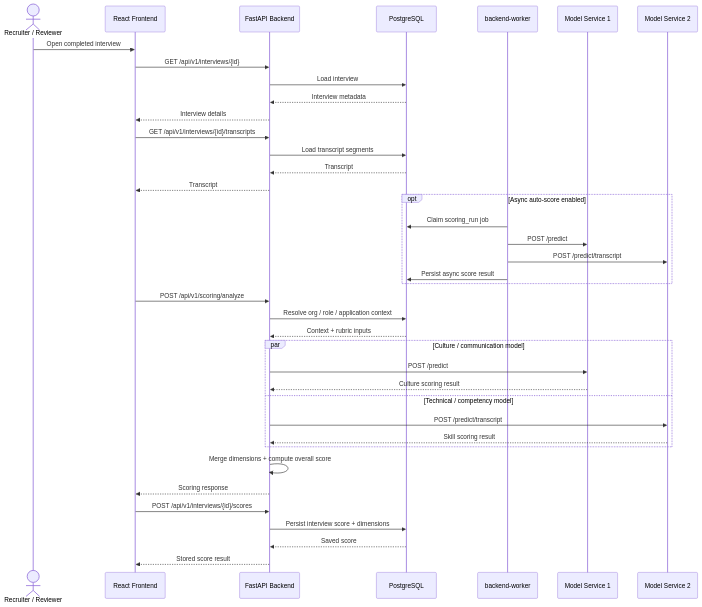
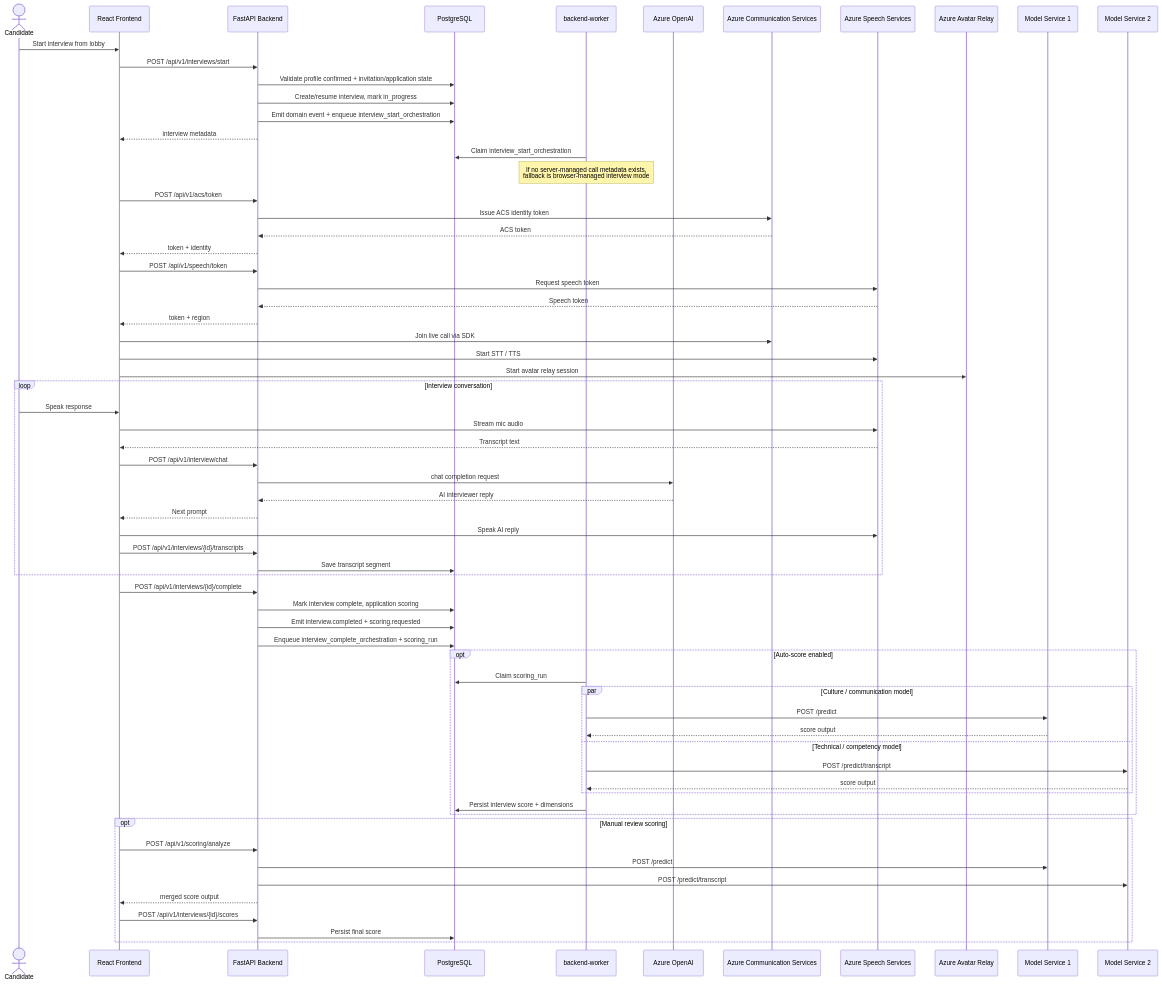
The fourth of 4 diagrams in documentation/ARCHITECTURE_DIAGRAM.md (dcava30/Talenti_MVP), drawn with Mermaid before and after one commit. The commit also changed other lines of this file, not shown here.

First line of the commit message:
The main diagram now includes:

````diff
--- a/documentation/ARCHITECTURE_DIAGRAM.md
+++ b/documentation/ARCHITECTURE_DIAGRAM.md
@@ -180,48 +253,77 @@
 ```mermaid
 sequenceDiagram
-    actor Recruiter as Recruiter / Reviewer
+    actor Candidate
     participant UI as React Frontend
     participant API as FastAPI Backend
     participant DB as PostgreSQL
     participant BW as backend-worker
+    participant OAI as Azure OpenAI
+    participant ACS as Azure Communication Services
+    participant Speech as Azure Speech Services
+    participant Avatar as Azure Avatar Relay
     participant M1 as Model Service 1
     participant M2 as Model Service 2
 
-    Recruiter->>UI: Open completed interview
-    UI->>API: GET /api/v1/interviews/{id}
-    API->>DB: Load interview
-    DB-->>API: Interview metadata
-    API-->>UI: Interview details
+    Candidate->>UI: Start interview from lobby
+    UI->>API: POST /api/v1/interviews/start
+    API->>DB: Validate profile confirmed + invitation/application state
+    API->>DB: Create/resume interview, mark in_progress
+    API->>DB: Emit domain event + enqueue interview_start_orchestration
+    API-->>UI: interview metadata
 
-    UI->>API: GET /api/v1/interviews/{id}/transcripts
-    API->>DB: Load transcript segments
-    DB-->>API: Transcript
-    API-->>UI: Transcript
+    BW->>DB: Claim interview_start_orchestration
+    Note over BW: If no server-managed call metadata exists,<br/>fallback is browser-managed interview mode
 
-    opt Async auto-score enabled
-        BW->>DB: Claim scoring_run job
-        BW->>M1: POST /predict
-        BW->>M2: POST /predict/transcript
-        BW->>DB: Persist async score result
+    UI->>API: POST /api/v1/acs/token
+    API->>ACS: Issue ACS identity token
+    ACS-->>API: ACS token
+    API-->>UI: token + identity
+
+    UI->>API: POST /api/v1/speech/token
+    API->>Speech: Request speech token
+    Speech-->>API: Speech token
+    API-->>UI: token + region
+
+    UI->>ACS: Join live call via SDK
+    UI->>Speech: Start STT / TTS
+    UI->>Avatar: Start avatar relay session
+
+    loop Interview conversation
+        Candidate->>UI: Speak response
+        UI->>Speech: Stream mic audio
+        Speech-->>UI: Transcript text
+        UI->>API: POST /api/v1/interview/chat
+        API->>OAI: chat completion request
+        OAI-->>API: AI interviewer reply
+        API-->>UI: Next prompt
+        UI->>Speech: Speak AI reply
+        UI->>API: POST /api/v1/interviews/{id}/transcripts
+        API->>DB: Save transcript segment
     end
 
-    UI->>API: POST /api/v1/scoring/analyze
-    API->>DB: Resolve org / role / application context
-    DB-->>API: Context + rubric inputs
+    UI->>API: POST /api/v1/interviews/{id}/complete
+    API->>DB: Mark interview complete, application scoring
+    API->>DB: Emit interview.completed + scoring.requested
+    API->>DB: Enqueue interview_complete_orchestration + scoring_run
 
-    par Culture / communication model
-        API->>M1: POST /predict
-        M1-->>API: Culture scoring result
-    and Technical / competency model
-        API->>M2: POST /predict/transcript
-        M2-->>API: Skill scoring result
+    opt Auto-score enabled
+        BW->>DB: Claim scoring_run
+        par Culture / communication model
+            BW->>M1: POST /predict
+            M1-->>BW: score output
+        and Technical / competency model
+            BW->>M2: POST /predict/transcript
+            M2-->>BW: score output
+        end
+        BW->>DB: Persist interview score + dimensions
     end
 
-    API->>API: Merge dimensions + compute overall score
-    API-->>UI: Scoring response
-
-    UI->>API: POST /api/v1/interviews/{id}/scores
-    API->>DB: Persist interview score + dimensions
-    DB-->>API: Saved score
-    API-->>UI: Stored score result
+    opt Manual review scoring
+        UI->>API: POST /api/v1/scoring/analyze
+        API->>M1: POST /predict
+        API->>M2: POST /predict/transcript
+        API-->>UI: merged score output
+        UI->>API: POST /api/v1/interviews/{id}/scores
+        API->>DB: Persist final score
+    end
 ```
````
